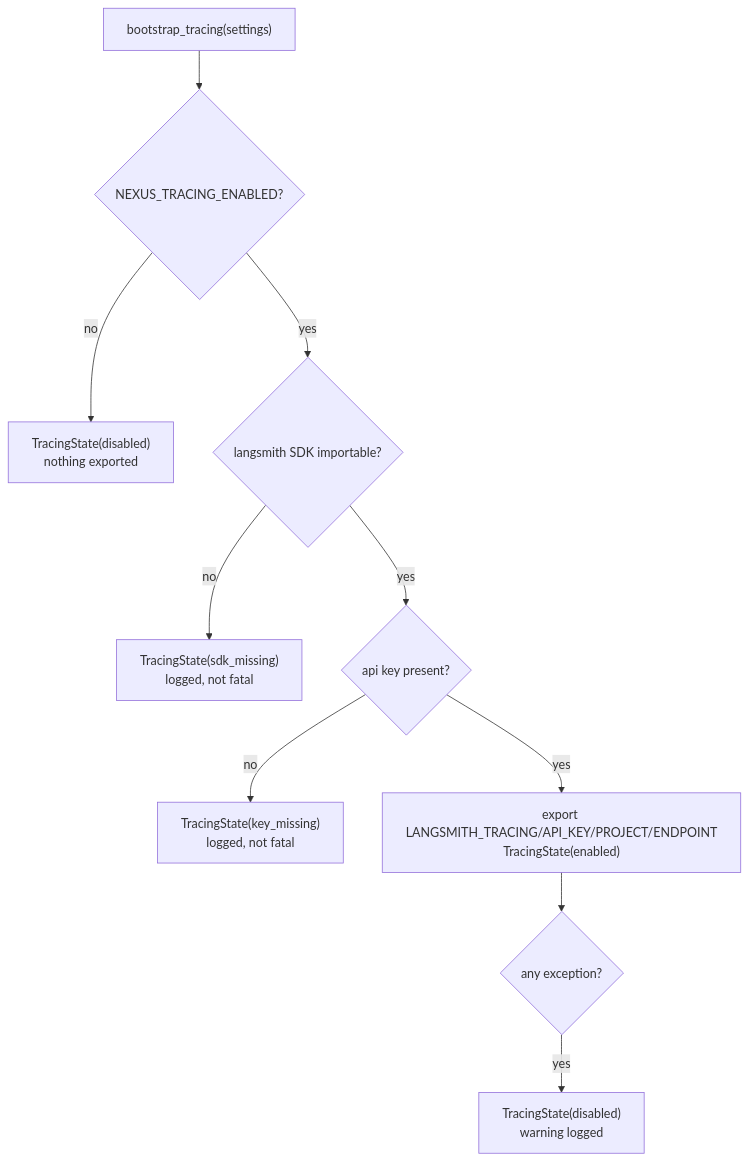
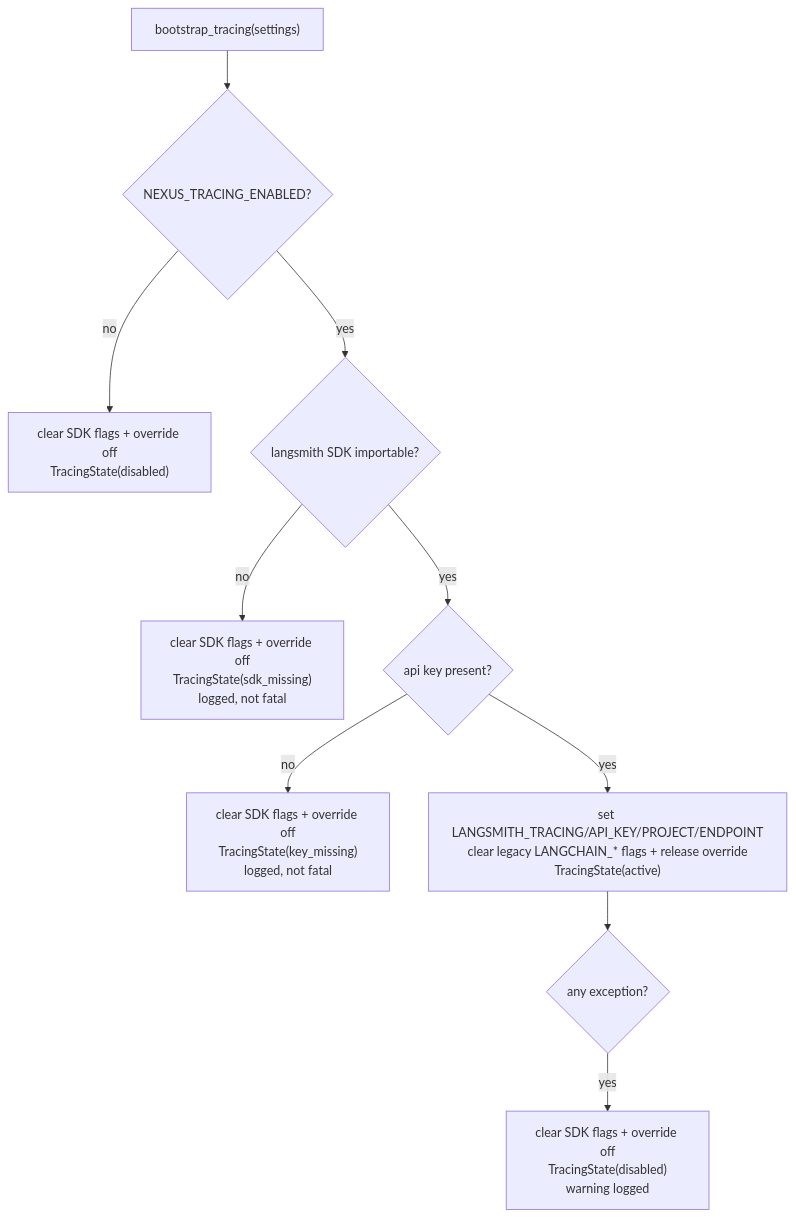
The diagram in docs/architecture/TRACING.md (bot523h/nexus-ai-agent), drawn with Mermaid before and after one commit. The commit also changed other lines of this file and 6 other files, not shown here.

First line of the commit message:
fix(tracing): harden the default-off boundary and sanitize smoke diagnostics (task-274)

````diff
--- a/docs/architecture/TRACING.md
+++ b/docs/architecture/TRACING.md
@@ -42,12 +47,12 @@
 ```mermaid
 flowchart TD
     start["bootstrap_tracing(settings)"] --> enabled{"NEXUS_TRACING_ENABLED?"}
-    enabled -- no --> off["TracingState(disabled)<br/>nothing exported"]
+    enabled -- no --> off["clear SDK flags + override off<br/>TracingState(disabled)"]
     enabled -- yes --> sdk{"langsmith SDK importable?"}
-    sdk -- no --> nosdk["TracingState(sdk_missing)<br/>logged, not fatal"]
+    sdk -- no --> nosdk["clear SDK flags + override off<br/>TracingState(sdk_missing)<br/>logged, not fatal"]
     sdk -- yes --> key{"api key present?"}
-    key -- no --> nokey["TracingState(key_missing)<br/>logged, not fatal"]
-    key -- yes --> on["export LANGSMITH_TRACING/API_KEY/PROJECT/ENDPOINT<br/>TracingState(enabled)"]
+    key -- no --> nokey["clear SDK flags + override off<br/>TracingState(key_missing)<br/>logged, not fatal"]
+    key -- yes --> on["set LANGSMITH_TRACING/API_KEY/PROJECT/ENDPOINT<br/>clear legacy LANGCHAIN_* flags + release override<br/>TracingState(active)"]
     on --> anyfail{"any exception?"}
-    anyfail -- yes --> off2["TracingState(disabled)<br/>warning logged"]
+    anyfail -- yes --> off2["clear SDK flags + override off<br/>TracingState(disabled)<br/>warning logged"]
 ```
````
